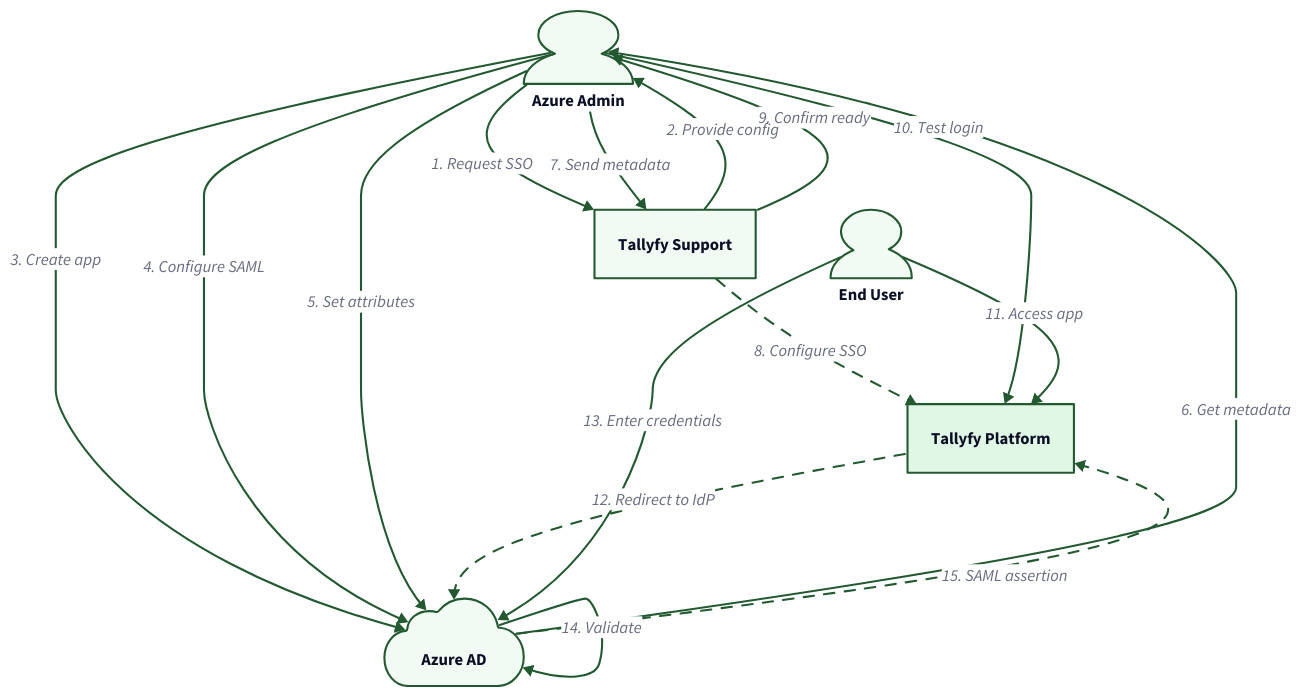
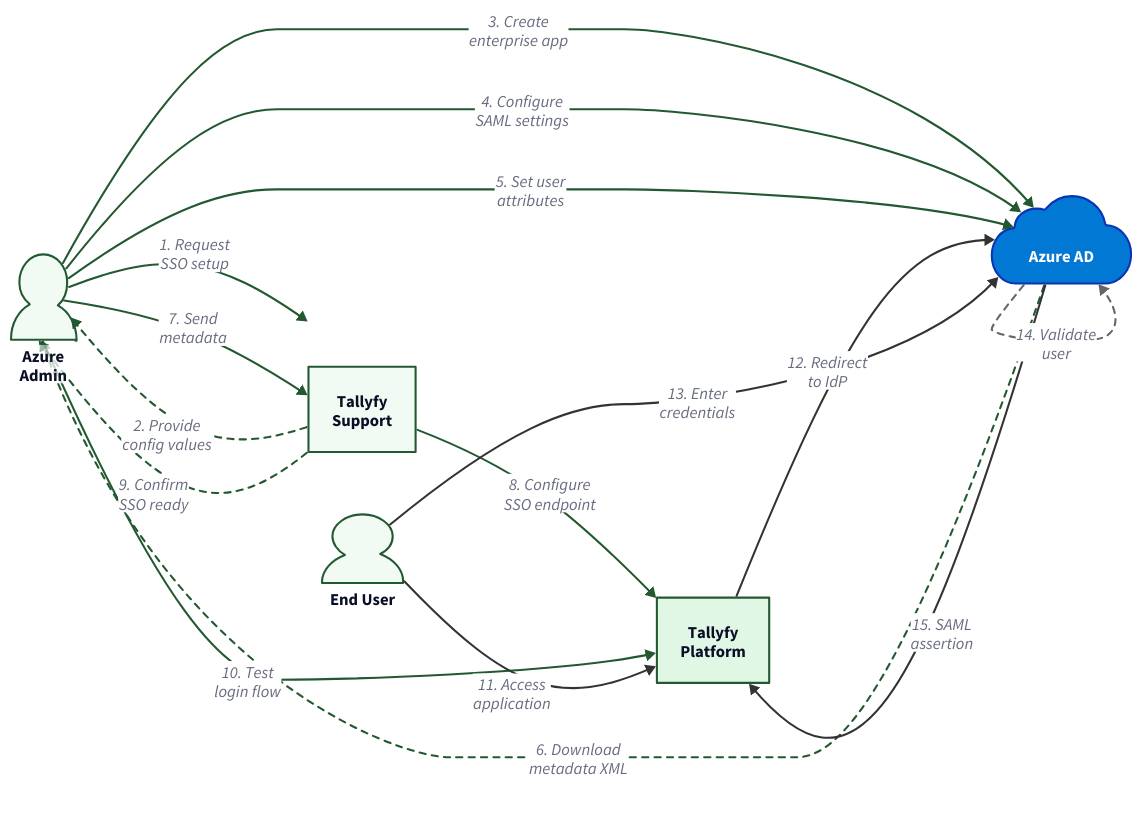
The diagram in src/content/docs/pro/integrations/authentication/how-to-integrate-azure-ad-samlsso-with-tallyfy.mdx (tallyfy/documentation), drawn with D2 before and after one commit. The commit also changed other lines of this file and 17 other files, not shown here.

````diff
--- a/src/content/docs/pro/integrations/authentication/how-to-integrate-azure-ad-samlsso-with-tallyfy.mdx
+++ b/src/content/docs/pro/integrations/authentication/how-to-integrate-azure-ad-samlsso-with-tallyfy.mdx
@@ -41,101 +41,104 @@
 ```d2
-direction: down
+direction: right
 
 # Actors
-Admin: Azure Admin {
+Admin: "Azure\nAdmin" {
   shape: person
   style.fill: "#f2faf4"
   style.stroke: "#225930"
 }
 
-Azure: Azure AD {
+Azure: "Azure AD" {
   shape: cloud
-  style.fill: "#f2faf4"
-  style.stroke: "#225930"
+  style.fill: "#0078d4"
+  style.font-color: "#fff"
 }
 
-Support: Tallyfy Support {
+Support: "Tallyfy\nSupport" {
   shape: rectangle
   style.fill: "#f2faf4"
   style.stroke: "#225930"
 }
 
-Tallyfy: Tallyfy Platform {
+Tallyfy: "Tallyfy\nPlatform" {
   shape: rectangle
   style.fill: "#e1f7e6"
   style.stroke: "#225930"
   style.stroke-width: 2
 }
 
-User: End User {
+User: "End User" {
   shape: person
   style.fill: "#f2faf4"
   style.stroke: "#225930"
 }
 
 # Setup Flow
-Admin -> Support: 1. Request SSO {
+Admin -> Support: "1. Request\nSSO setup" {
   style.stroke: "#225930"
 }
 
-Support -> Admin: 2. Provide config {
+Support -> Admin: "2. Provide\nconfig values" {
+  style.stroke: "#225930"
+  style.stroke-dash: 3
+}
+
+Admin -> Azure: "3. Create\nenterprise app" {
   style.stroke: "#225930"
 }
 
-Admin -> Azure: 3. Create app {
+Admin -> Azure: "4. Configure\nSAML settings" {
   style.stroke: "#225930"
 }
 
-Admin -> Azure: 4. Configure SAML {
+Admin -> Azure: "5. Set user\nattributes" {
   style.stroke: "#225930"
 }
 
-Admin -> Azure: 5. Set attributes {
+Azure -> Admin: "6. Download\nmetadata XML" {
+  style.stroke: "#225930"
+  style.stroke-dash: 3
+}
+
+Admin -> Support: "7. Send\nmetadata" {
   style.stroke: "#225930"
 }
 
-Azure -> Admin: 6. Get metadata {
+Support -> Tallyfy: "8. Configure\nSSO endpoint" {
   style.stroke: "#225930"
+  style.stroke-width: 2
 }
 
-Admin -> Support: 7. Send metadata {
+Support -> Admin: "9. Confirm\nSSO ready" {
   style.stroke: "#225930"
+  style.stroke-dash: 3
 }
 
-Support -> Tallyfy: 8. Configure SSO {
-  style.stroke: "#225930"
-  style.animated: true
-}
-
-Support -> Admin: 9. Confirm ready {
-  style.stroke: "#225930"
-}
-
-Admin -> Tallyfy: 10. Test login {
+Admin -> Tallyfy: "10. Test\nlogin flow" {
   style.stroke: "#225930"
 }
 
 # User Auth Flow
-User -> Tallyfy: 11. Access app {
-  style.stroke: "#225930"
+User -> Tallyfy: "11. Access\napplication" {
+  style.stroke: "#333"
   style.stroke-width: 2
 }
 
-Tallyfy -> Azure: 12. Redirect to IdP {
-  style.stroke: "#225930"
-  style.animated: true
+Tallyfy -> Azure: "12. Redirect\nto IdP" {
+  style.stroke: "#333"
 }
 
-User -> Azure: 13. Enter credentials {
-  style.stroke: "#225930"
+User -> Azure: "13. Enter\ncredentials" {
+  style.stroke: "#333"
 }
 
-Azure -> Azure: 14. Validate {
-  style.stroke: "#225930"
+Azure -> Azure: "14. Validate\nuser" {
+  style.stroke: "#666"
+  style.stroke-dash: 3
 }
 
-Azure -> Tallyfy: 15. SAML assertion {
-  style.stroke: "#225930"
-  style.animated: true
+Azure -> Tallyfy: "15. SAML\nassertion" {
+  style.stroke: "#333"
+  style.stroke-width: 2
 }
 ```
````
